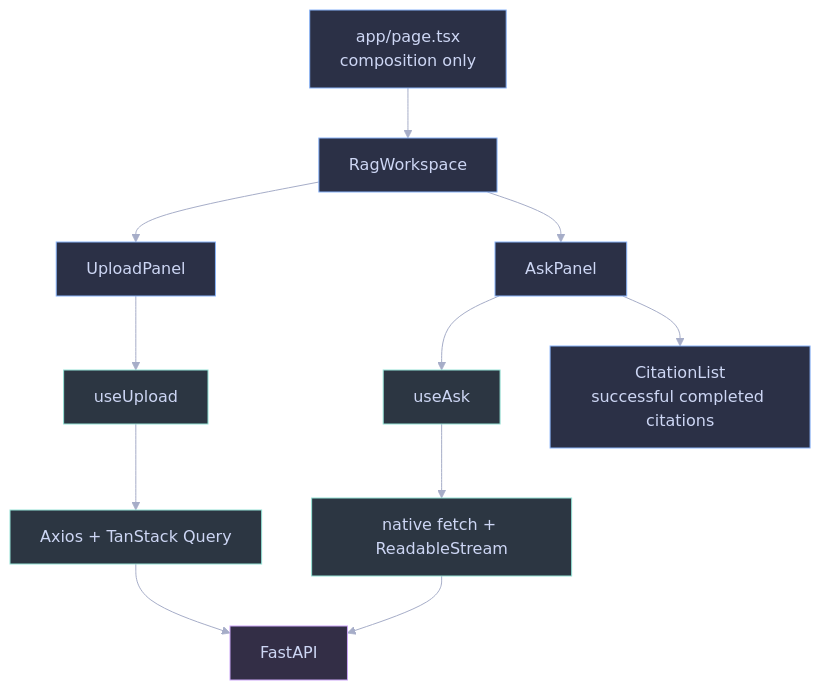
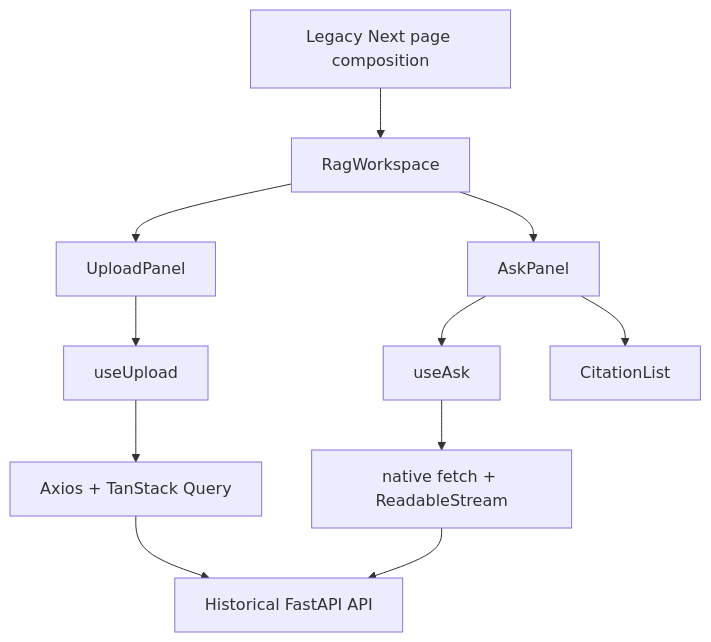
The third of 4 diagrams in client/AGENTS.md (RyxnDmello/atlas), drawn with Mermaid before and after one commit. The commit also changed other lines of this file and 90 other files, not shown here.

First line of the commit message:
feat(client, router): complete Vite migration and retire legacy client

````diff
--- a/client/AGENTS.md
+++ b/client/AGENTS.md
@@ -273,24 +263,13 @@
 ```mermaid
-%%{init: {'theme': 'base', 'themeVariables': {'background': '#1e1e2e', 'primaryColor': '#45475a', 'primaryTextColor': '#cdd6f4', 'primaryBorderColor': '#89b4fa', 'lineColor': '#a6adc8', 'secondaryColor': '#313244', 'tertiaryColor': '#181825', 'fontFamily': 'Inter, sans-serif'}}}%%
 flowchart TD
-    Page["app/page.tsx<br/>composition only"] --> Rag["RagWorkspace"]
+    Page["Legacy Next page composition"] --> Rag["RagWorkspace"]
     Rag --> UploadPanel["UploadPanel"]
     Rag --> AskPanel["AskPanel"]
     UploadPanel --> UploadHook["useUpload"]
     AskPanel --> AskHook["useAsk"]
-    AskPanel --> Sources["CitationList<br/>successful completed citations"]
+    AskPanel --> Sources["CitationList"]
     UploadHook --> Axios["Axios + TanStack Query"]
     AskHook --> Fetch["native fetch + ReadableStream"]
-    Axios --> API["FastAPI"]
+    Axios --> API["Historical FastAPI API"]
     Fetch --> API
-    class Page,Rag,UploadPanel,AskPanel,Sources client;
-    class UploadHook,AskHook,Axios,Fetch service;
-    class API storage;
-    classDef client fill:#2b3046,stroke:#89b4fa,stroke-width:1px,color:#cdd6f4;
-    classDef service fill:#2c3642,stroke:#94e2d5,stroke-width:1px,color:#cdd6f4;
-    classDef storage fill:#332e46,stroke:#cba6f7,stroke-width:1px,color:#cdd6f4;
-    classDef verified fill:#2e363c,stroke:#a6e3a1,stroke-width:1px,color:#cdd6f4;
-    classDef planned fill:#30323f,stroke:#b4befe,stroke-width:1px,color:#cdd6f4;
-    classDef caution fill:#38362e,stroke:#f9e2af,stroke-width:1px,color:#cdd6f4;
-    classDef denied fill:#39303d,stroke:#f38ba8,stroke-width:1px,color:#cdd6f4;
 ```
````
